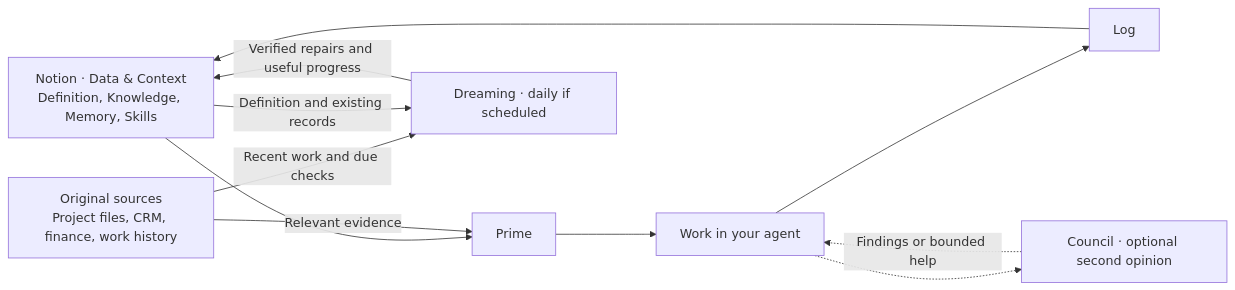
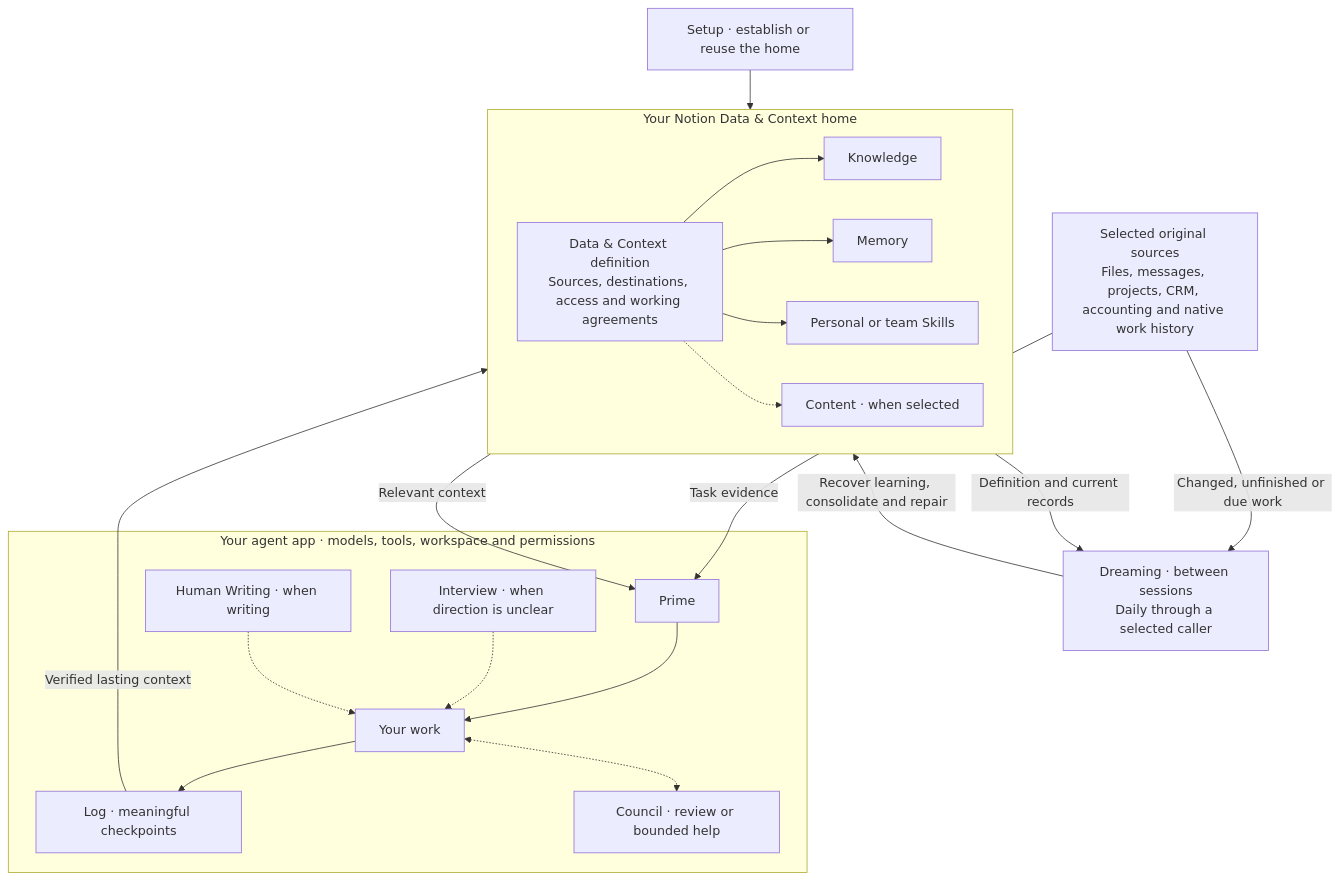
One commit to onlinesourdough/OSM-plugin changed the diagram in docs/starter.md. Above: the diagram before and after it, drawn with Mermaid. The commit also changed 49 other files, not shown here.

````diff
--- a/docs/starter.md
+++ b/docs/starter.md
@@ -98,17 +98,34 @@
 ```mermaid
-flowchart LR
-  HOME["Notion · Data & Context<br/>Definition, Knowledge, Memory, Skills"]
-  SOURCES["Original sources<br/>Project files, CRM, finance, work history"]
-  PRIME["Prime"]
-  TASK["Work in your agent"]
-  LOG["Log"]
-  DREAM["Dreaming · daily if scheduled"]
-  COUNCIL["Council · optional second opinion"]
-  HOME --> PRIME --> TASK --> LOG --> HOME
-  SOURCES -->|"Relevant evidence"| PRIME
-  SOURCES -->|"Recent work and due checks"| DREAM
-  HOME -->|"Definition and existing records"| DREAM
-  DREAM -->|"Verified repairs and useful progress"| HOME
-  TASK -.-> COUNCIL
-  COUNCIL -.->|"Findings or bounded help"| TASK
+flowchart TB
+  SETUP["Setup · establish or reuse the home"]
+  SOURCES["Selected original sources<br/>Files, messages, projects, CRM, accounting and native work history"]
+  subgraph AGENT["Your agent app · models, tools, workspace and permissions"]
+    PRIME["Prime"]
+    WORK["Your work"]
+    LOG["Log · meaningful checkpoints"]
+    INTERVIEW["Interview · when direction is unclear"]
+    WRITING["Human Writing · when writing"]
+    COUNCIL["Council · review or bounded help"]
+    PRIME --> WORK --> LOG
+    INTERVIEW -.-> WORK
+    WRITING -.-> WORK
+    WORK <-.-> COUNCIL
+  end
+  subgraph HOME["Your Notion Data & Context home"]
+    DEFINITION["Data & Context definition<br/>Sources, destinations, access and working agreements"]
+    KNOWLEDGE["Knowledge"]
+    MEMORY["Memory"]
+    SKILLS["Personal or team Skills"]
+    CONTENT["Content · when selected"]
+    DEFINITION --> KNOWLEDGE & MEMORY & SKILLS
+    DEFINITION -.-> CONTENT
+  end
+  DREAM["Dreaming · between sessions<br/>Daily through a selected caller"]
+  SETUP --> HOME
+  HOME -->|"Relevant context"| PRIME
+  SOURCES -->|"Task evidence"| PRIME
+  LOG -->|"Verified lasting context"| HOME
+  HOME -->|"Definition and current records"| DREAM
+  SOURCES -->|"Changed, unfinished or due work"| DREAM
+  DREAM -->|"Recover learning, consolidate and repair"| HOME
 ```
````
